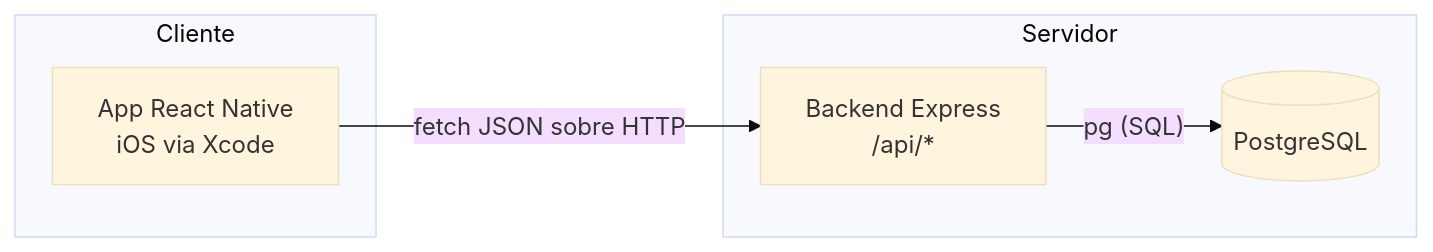
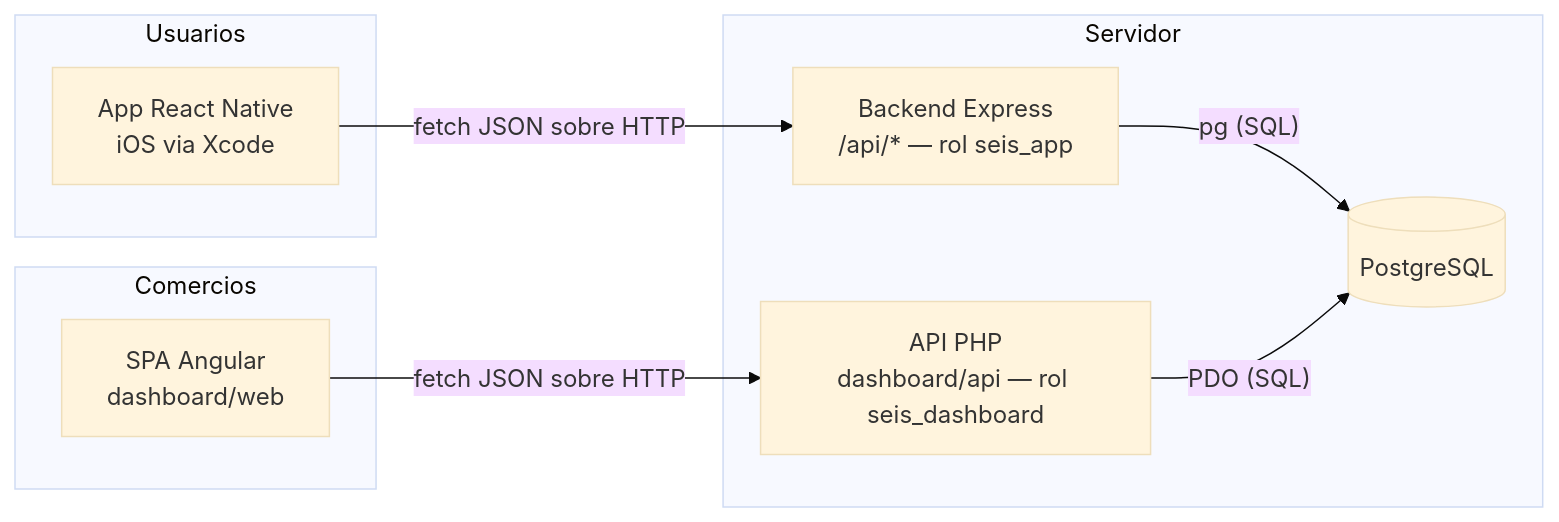
Before and after one commit to davids0064/6_mas: the diagram in README.md, drawn with Mermaid (base theme). The commit also changed other lines of this file and 5 other files, not shown here.

````diff
--- a/README.md
+++ b/README.md
@@ -27,12 +35,18 @@
 ```mermaid
 flowchart LR
-    subgraph Cliente
+    subgraph Usuarios
         A[App React Native\niOS via Xcode]
     end
+    subgraph Comercios
+        D[SPA Angular\ndashboard/web]
+    end
     subgraph Servidor
-        B[Backend Express\n/api/*]
+        B[Backend Express\n/api/* — rol seis_app]
+        E[API PHP\ndashboard/api — rol seis_dashboard]
         C[(PostgreSQL)]
     end
     A -- "fetch JSON sobre HTTP" --> B
+    D -- "fetch JSON sobre HTTP" --> E
     B -- "pg (SQL)" --> C
+    E -- "PDO (SQL)" --> C
 ```
````
